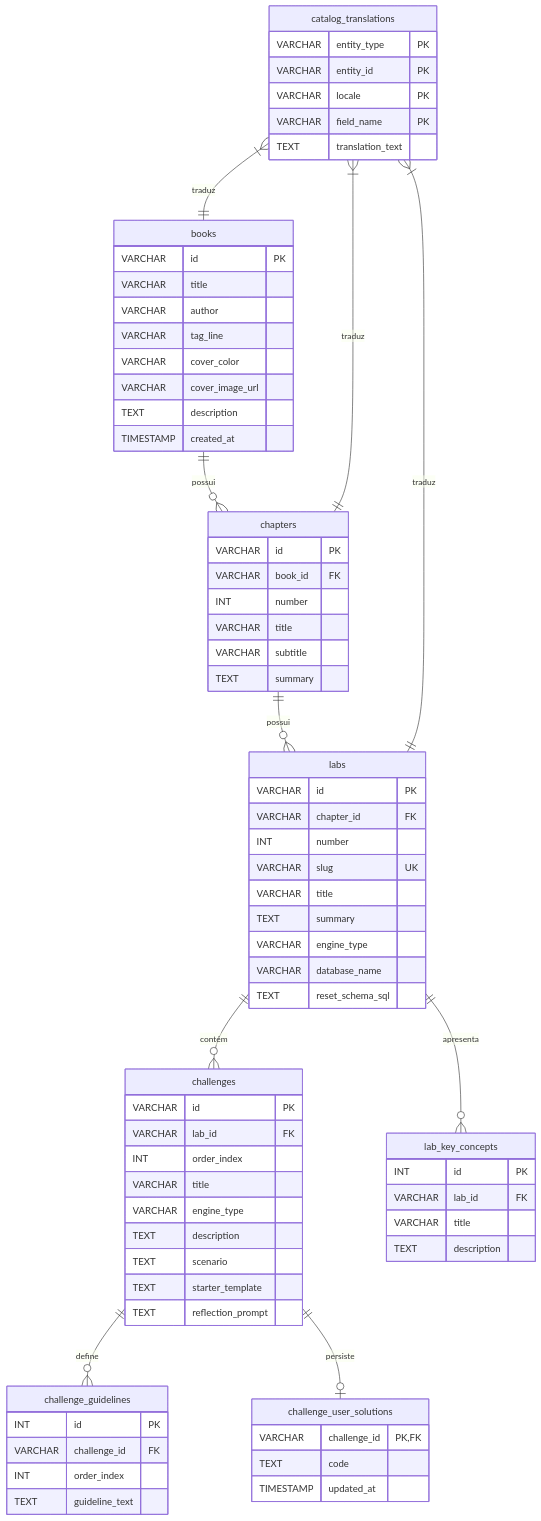
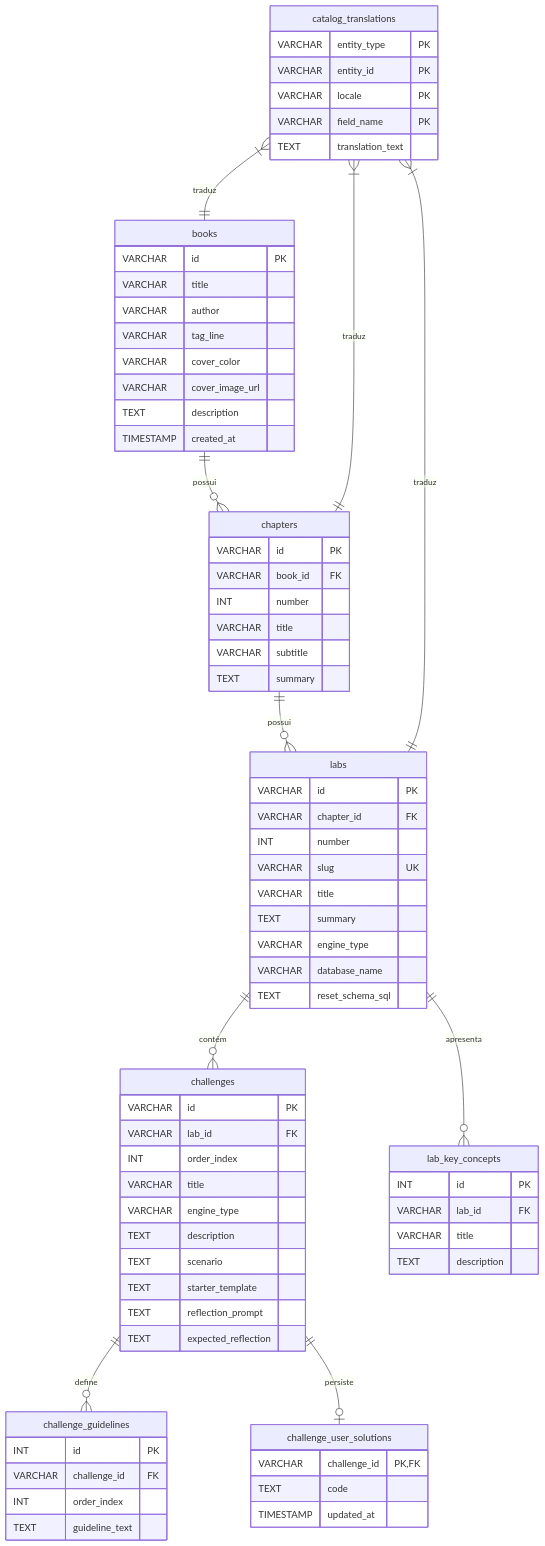
One commit to gabrielSdejesus/tech-book-lab changed the second of 5 diagrams in docs/ARCHITECTURE.md. Above: the diagram before and after it, drawn with Mermaid. The commit also changed other lines of this file and 1 other file, not shown here.

Commit message:
docs: alinhar flyway v9 e resposta de referencia de trade-off no readme e architecture

```diff
--- a/docs/ARCHITECTURE.md
+++ b/docs/ARCHITECTURE.md
@@ -231,6 +233,7 @@
         TEXT scenario
         TEXT starter_template
         TEXT reflection_prompt
+        TEXT expected_reflection
     }
 
     challenge_user_solutions {
```
